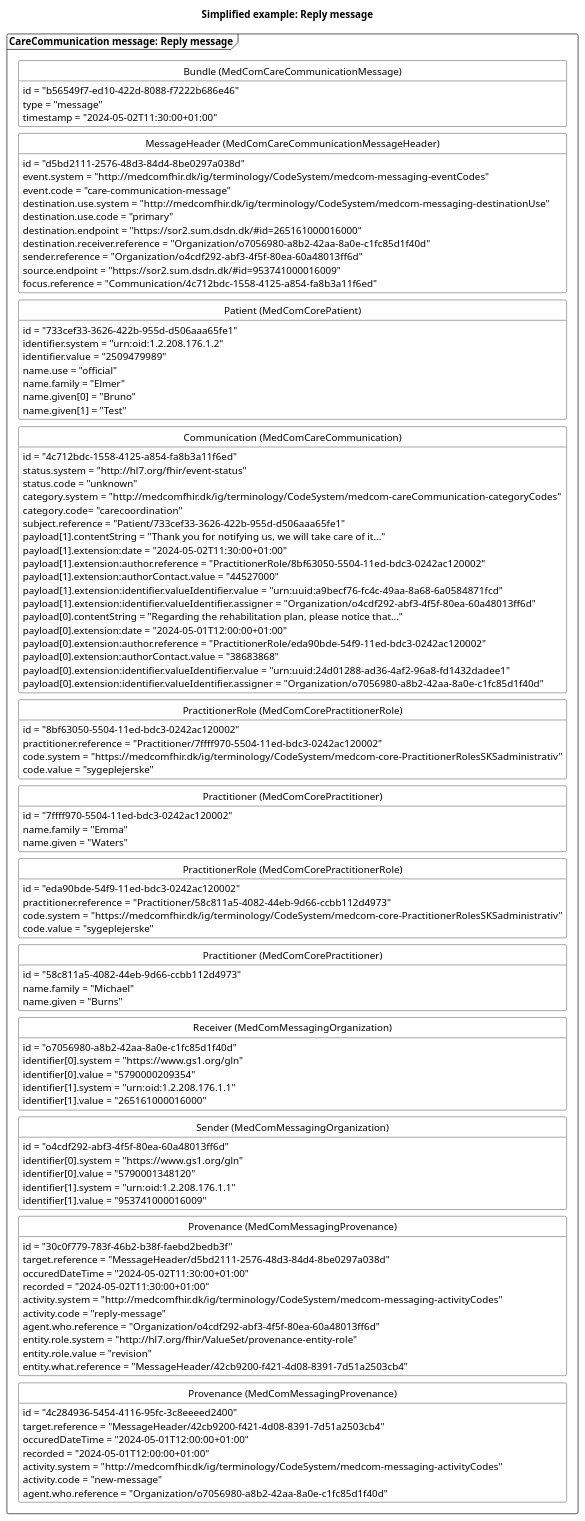
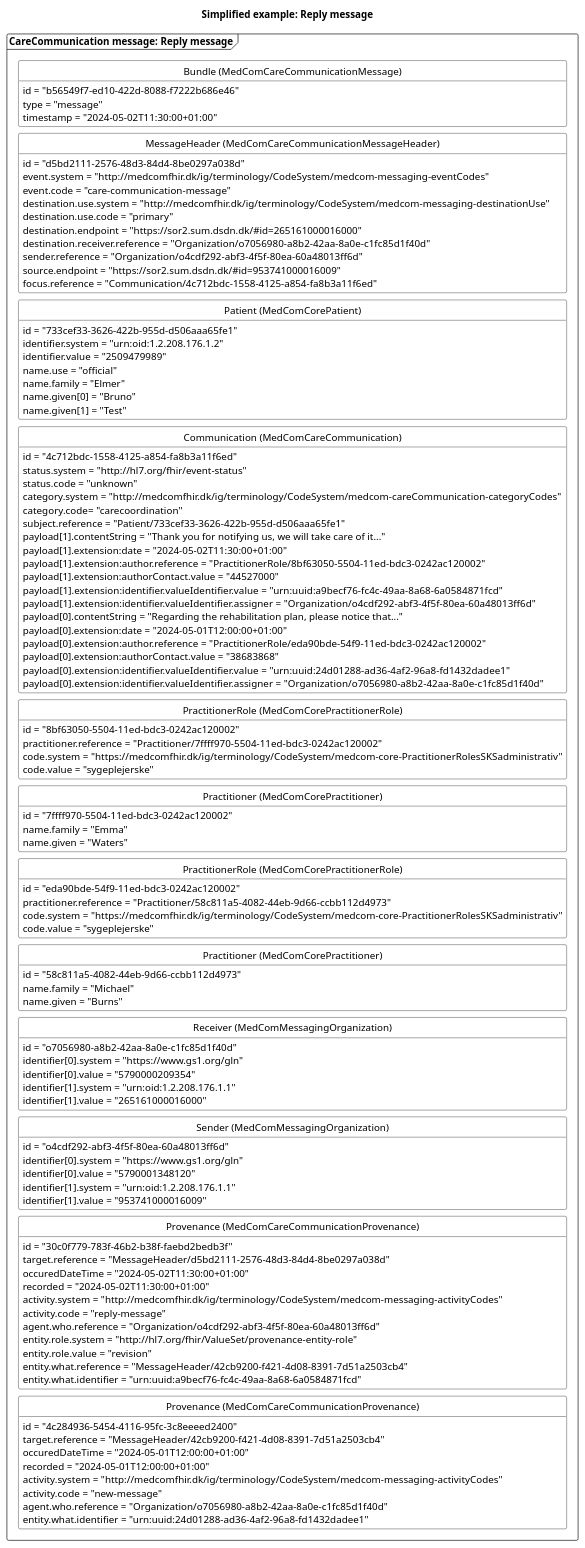
Before and after one commit to medcomdk/dk-medcom-carecommunication: the diagram in puml/CareCommunicationReplyMessage.puml, drawn with PlantUML. The commit also changed 36 other files, not shown here.

```diff
--- a/puml/CareCommunicationReplyMessage.puml
+++ b/puml/CareCommunicationReplyMessage.puml
@@ -1,137 +1,139 @@
 @startuml CCreplyMessage
 
 'layout
 skinparam class {
     BackgroundColor White
     BorderColor Black
     ArrowColor Black
   }
 hide circle
 hide empty members
 skinparam SameClassWidth true
 skinparam Ranksep 10
 
 
 'title
 title Simplified example: Reply message
 
 'Message 1: reply message
 package "CareCommunication message: Reply message" as reply <<Frame>>{
     class "Bundle (MedComCareCommunicationMessage)" as replyB {
         id = "b56549f7-ed10-422d-8088-f7222b686e46"
         type = "message"
         timestamp = "2024-05-02T11:30:00+01:00"
     }
     class "MessageHeader (MedComCareCommunicationMessageHeader)" as replyMH{
         id = "d5bd2111-2576-48d3-84d4-8be0297a038d"
         event.system = "http://medcomfhir.dk/ig/terminology/CodeSystem/medcom-messaging-eventCodes"
         event.code = "care-communication-message"
         destination.use.system = "http://medcomfhir.dk/ig/terminology/CodeSystem/medcom-messaging-destinationUse"
         destination.use.code = "primary"
         destination.endpoint = "https://sor2.sum.dsdn.dk/#id=265161000016000"
         destination.receiver.reference = "Organization/o7056980-a8b2-42aa-8a0e-c1fc85d1f40d"
         sender.reference = "Organization/o4cdf292-abf3-4f5f-80ea-60a48013ff6d"
         source.endpoint = "https://sor2.sum.dsdn.dk/#id=953741000016009"
         focus.reference = "Communication/4c712bdc-1558-4125-a854-fa8b3a11f6ed"
     }
     class "Patient (MedComCorePatient)" as replyPT{
         id = "733cef33-3626-422b-955d-d506aaa65fe1"
         identifier.system = "urn:oid:1.2.208.176.1.2"
         identifier.value = "2509479989"
         name.use = "official"
         name.family = "Elmer"
         name.given[0] = "Bruno"
         name.given[1] = "Test"
     }
     class "Communication (MedComCareCommunication)" as replyCom{
         id = "4c712bdc-1558-4125-a854-fa8b3a11f6ed"
         status.system = "http://hl7.org/fhir/event-status" 
         status.code = "unknown"
         category.system = "http://medcomfhir.dk/ig/terminology/CodeSystem/medcom-careCommunication-categoryCodes"
         category.code= "carecoordination"
         subject.reference = "Patient/733cef33-3626-422b-955d-d506aaa65fe1"
         payload[1].contentString = "Thank you for notifying us, we will take care of it..."
         payload[1].extension:date = "2024-05-02T11:30:00+01:00"
         payload[1].extension:author.reference = "PractitionerRole/8bf63050-5504-11ed-bdc3-0242ac120002"
         payload[1].extension:authorContact.value = "44527000"
         payload[1].extension:identifier.valueIdentifier.value = "urn:uuid:a9becf76-fc4c-49aa-8a68-6a0584871fcd"
         payload[1].extension:identifier.valueIdentifier.assigner = "Organization/o4cdf292-abf3-4f5f-80ea-60a48013ff6d"
         payload[0].contentString = "Regarding the rehabilitation plan, please notice that..."
         payload[0].extension:date = "2024-05-01T12:00:00+01:00"
         payload[0].extension:author.reference = "PractitionerRole/eda90bde-54f9-11ed-bdc3-0242ac120002"
         payload[0].extension:authorContact.value = "38683868"
         payload[0].extension:identifier.valueIdentifier.value = "urn:uuid:24d01288-ad36-4af2-96a8-fd1432dadee1"
         payload[0].extension:identifier.valueIdentifier.assigner = "Organization/o7056980-a8b2-42aa-8a0e-c1fc85d1f40d"
     } 
     class "PractitionerRole (MedComCorePractitionerRole)" as replyPracR{
         id = "8bf63050-5504-11ed-bdc3-0242ac120002"
         practitioner.reference = "Practitioner/7ffff970-5504-11ed-bdc3-0242ac120002"
         code.system = "https://medcomfhir.dk/ig/terminology/CodeSystem/medcom-core-PractitionerRolesSKSadministrativ"
         code.value = "sygeplejerske"
     }
     class "Practitioner (MedComCorePractitioner)" as replyPrac{
         id = "7ffff970-5504-11ed-bdc3-0242ac120002"
         name.family = "Emma"
         name.given = "Waters"
     }
     class "PractitionerRole (MedComCorePractitionerRole)" as newPracR{
         id = "eda90bde-54f9-11ed-bdc3-0242ac120002"
         practitioner.reference = "Practitioner/58c811a5-4082-44eb-9d66-ccbb112d4973"
         code.system = "https://medcomfhir.dk/ig/terminology/CodeSystem/medcom-core-PractitionerRolesSKSadministrativ"
         code.value = "sygeplejerske"
     }
     class "Practitioner (MedComCorePractitioner)" as newPrac{
         id = "58c811a5-4082-44eb-9d66-ccbb112d4973"
         name.family = "Michael"
         name.given = "Burns"
     }
     class "Sender (MedComMessagingOrganization)" as replySOrg{
         id = "o4cdf292-abf3-4f5f-80ea-60a48013ff6d"
         identifier[0].system = "https://www.gs1.org/gln"
         identifier[0].value = "5790001348120"
         identifier[1].system = "urn:oid:1.2.208.176.1.1"
         identifier[1].value = "953741000016009"
     }
     class "Receiver (MedComMessagingOrganization)" as replyROrg{
         id = "o7056980-a8b2-42aa-8a0e-c1fc85d1f40d"
         identifier[0].system = "https://www.gs1.org/gln"
         identifier[0].value = "5790000209354"
         identifier[1].system = "urn:oid:1.2.208.176.1.1"
         identifier[1].value = "265161000016000"
     }
-    class "Provenance (MedComMessagingProvenance)" as replyPRO{
+    class "Provenance (MedComCareCommunicationProvenance)" as replyPRO{
         id = "30c0f779-783f-46b2-b38f-faebd2bedb3f"
         target.reference = "MessageHeader/d5bd2111-2576-48d3-84d4-8be0297a038d"
         occuredDateTime = "2024-05-02T11:30:00+01:00"
         recorded = "2024-05-02T11:30:00+01:00"
         activity.system = "http://medcomfhir.dk/ig/terminology/CodeSystem/medcom-messaging-activityCodes"
         activity.code = "reply-message"
         agent.who.reference = "Organization/o4cdf292-abf3-4f5f-80ea-60a48013ff6d"
         entity.role.system = "http://hl7.org/fhir/ValueSet/provenance-entity-role"
         entity.role.value = "revision"
         entity.what.reference = "MessageHeader/42cb9200-f421-4d08-8391-7d51a2503cb4"
+        entity.what.identifier = "urn:uuid:a9becf76-fc4c-49aa-8a68-6a0584871fcd"
     }
-    class "Provenance (MedComMessagingProvenance)" as newPRO{
+    class "Provenance (MedComCareCommunicationProvenance)" as newPRO{
         id = "4c284936-5454-4116-95fc-3c8eeeed2400"
         target.reference = "MessageHeader/42cb9200-f421-4d08-8391-7d51a2503cb4"
         occuredDateTime = "2024-05-01T12:00:00+01:00"
         recorded = "2024-05-01T12:00:00+01:00"
         activity.system = "http://medcomfhir.dk/ig/terminology/CodeSystem/medcom-messaging-activityCodes"
         activity.code = "new-message"
         agent.who.reference = "Organization/o7056980-a8b2-42aa-8a0e-c1fc85d1f40d"
+        entity.what.identifier = "urn:uuid:24d01288-ad36-4af2-96a8-fd1432dadee1"
     }
 
 replyB -[hidden]- replyMH
 replyMH -[hidden]-replyPT
 replyPT-[hidden]-replyCom
 replyCom -[hidden]-replyPracR
 replyPracR-[hidden]-replyPrac
 replyPrac-[hidden]-newPracR
 newPracR-[hidden]-newPrac
 newPrac-[hidden]-replyROrg
 replyROrg-[hidden]- replySOrg
 replySOrg-[hidden]-replyPRO
 replyPRO-[hidden]-newPRO
 
 
 @enduml
```
